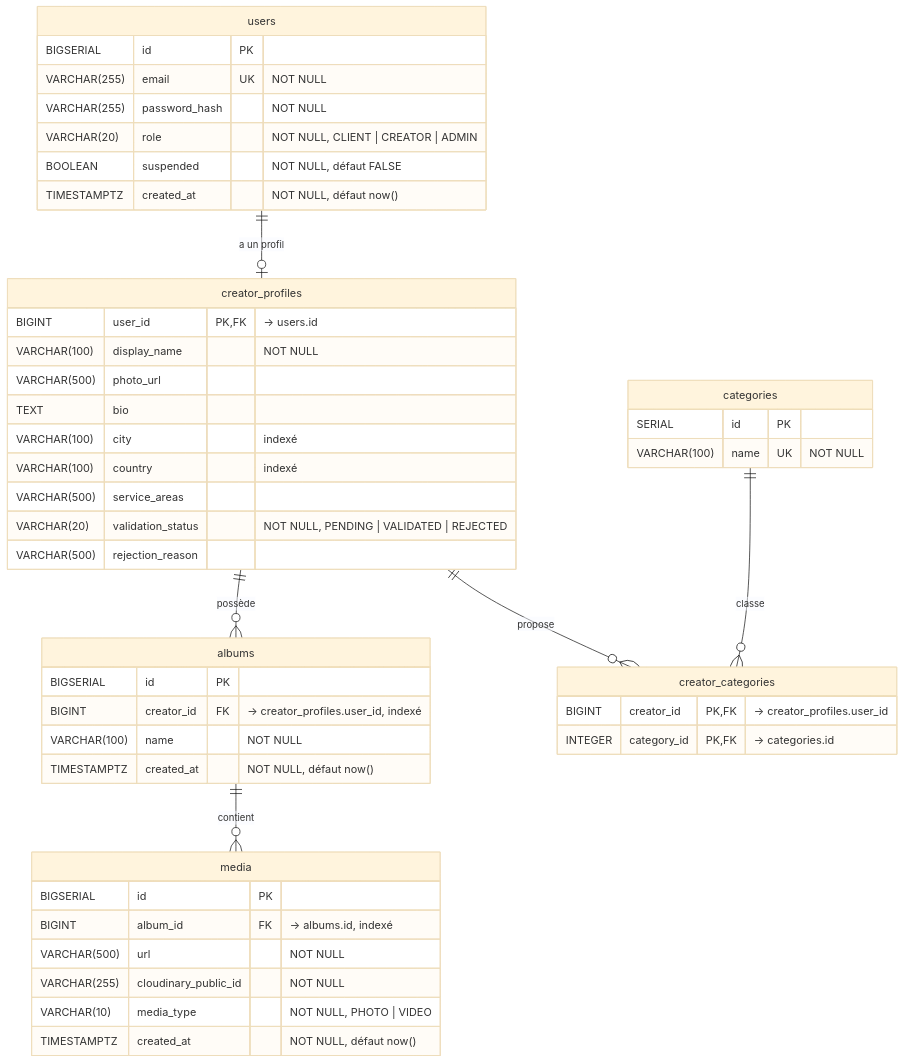
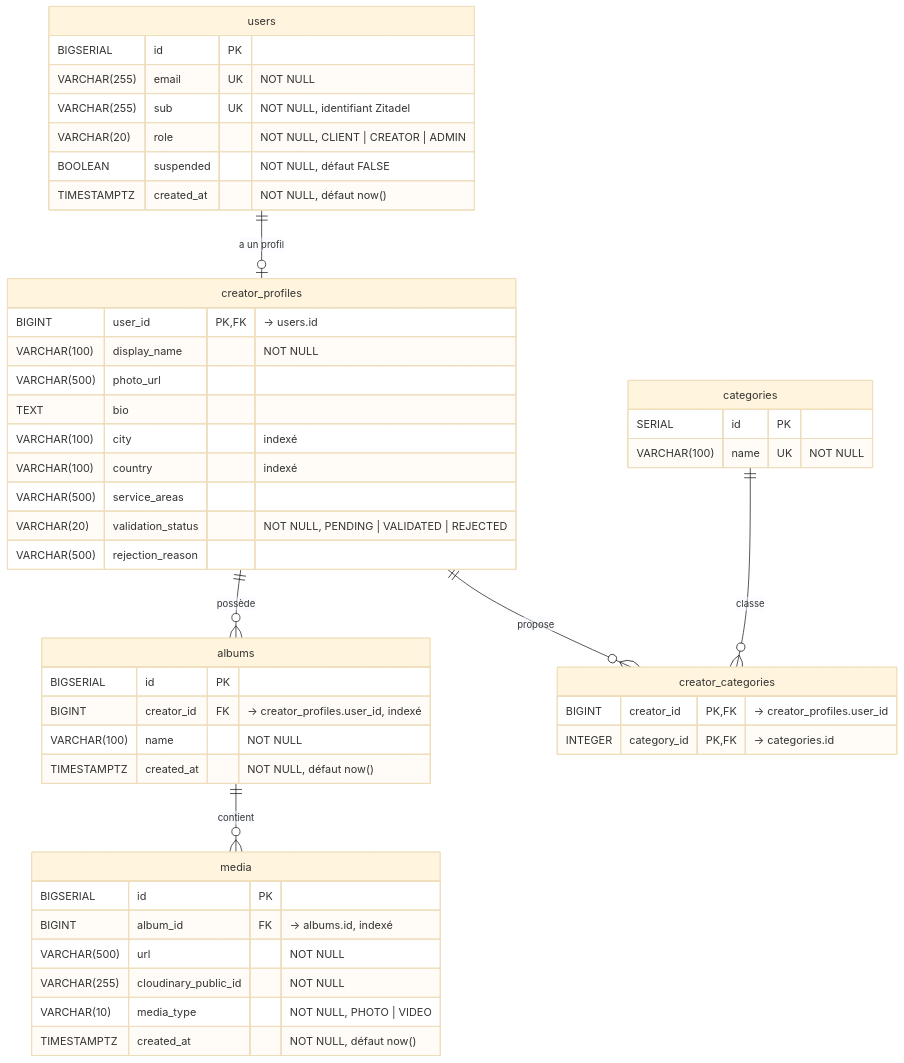
One commit to spidermiriki/clip-clap changed the diagram in docs/architecture/schema-bd.md. Above: the diagram before and after it, drawn with Mermaid (base theme). The commit also changed other lines of this file and 5 other files, not shown here.

````diff
--- a/docs/architecture/schema-bd.md
+++ b/docs/architecture/schema-bd.md
@@ -15,55 +15,55 @@
 ```mermaid
 erDiagram
     users ||--o| creator_profiles : "a un profil"
     creator_profiles ||--o{ albums : "possède"
     albums ||--o{ media : "contient"
     creator_profiles ||--o{ creator_categories : "propose"
     categories ||--o{ creator_categories : "classe"
 
     users {
         BIGSERIAL id PK
         VARCHAR(255) email UK "NOT NULL"
-        VARCHAR(255) password_hash "NOT NULL"
+        VARCHAR(255) sub UK "NOT NULL, identifiant Zitadel"
         VARCHAR(20) role "NOT NULL, CLIENT | CREATOR | ADMIN"
         BOOLEAN suspended "NOT NULL, défaut FALSE"
         TIMESTAMPTZ created_at "NOT NULL, défaut now()"
     }
 
     categories {
         SERIAL id PK
         VARCHAR(100) name UK "NOT NULL"
     }
 
     creator_profiles {
         BIGINT user_id PK, FK "→ users.id"
         VARCHAR(100) display_name "NOT NULL"
         VARCHAR(500) photo_url
         TEXT bio
         VARCHAR(100) city "indexé"
         VARCHAR(100) country "indexé"
         VARCHAR(500) service_areas
         VARCHAR(20) validation_status "NOT NULL, PENDING | VALIDATED | REJECTED"
         VARCHAR(500) rejection_reason
     }
 
     creator_categories {
         BIGINT creator_id PK, FK "→ creator_profiles.user_id"
         INTEGER category_id PK, FK "→ categories.id"
     }
 
     albums {
         BIGSERIAL id PK
         BIGINT creator_id FK "→ creator_profiles.user_id, indexé"
         VARCHAR(100) name "NOT NULL"
         TIMESTAMPTZ created_at "NOT NULL, défaut now()"
     }
 
     media {
         BIGSERIAL id PK
         BIGINT album_id FK "→ albums.id, indexé"
         VARCHAR(500) url "NOT NULL"
         VARCHAR(255) cloudinary_public_id "NOT NULL"
         VARCHAR(10) media_type "NOT NULL, PHOTO | VIDEO"
         TIMESTAMPTZ created_at "NOT NULL, défaut now()"
     }
 ```
````
